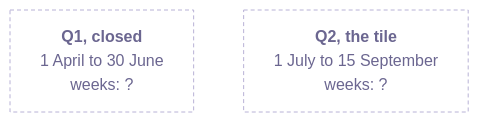
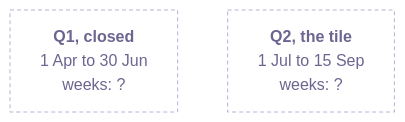
One commit to fde-academy-lab/c2-content-factory changed the ninth of 34 diagrams in content/W01/D2/slides/C2_W01_D02_half1_STUDENT.md. Above: the diagram before and after it, drawn with Mermaid. The commit also changed other lines of this file and 4 other files, not shown here.

````diff
--- a/content/W01/D2/slides/C2_W01_D02_half1_STUDENT.md
+++ b/content/W01/D2/slides/C2_W01_D02_half1_STUDENT.md
@@ -420,7 +422,7 @@
 ```mermaid
 flowchart TB
-    Q1["<b>Q1, closed</b><br/>1 April to 30 June<br/>weeks: ?"]
-    Q2["<b>Q2, the tile</b><br/>1 July to 15 September<br/>weeks: ?"]
+    Q1["<b>Q1, closed</b><br/>1 Apr to 30 Jun<br/>weeks: ?"]
+    Q2["<b>Q2, the tile</b><br/>1 Jul to 15 Sep<br/>weeks: ?"]
     classDef unknown fill:#FFFFFF,stroke:#B8B2D6,color:#6B6690,stroke-dasharray:4 3
     class Q1,Q2 unknown
 ```
````
